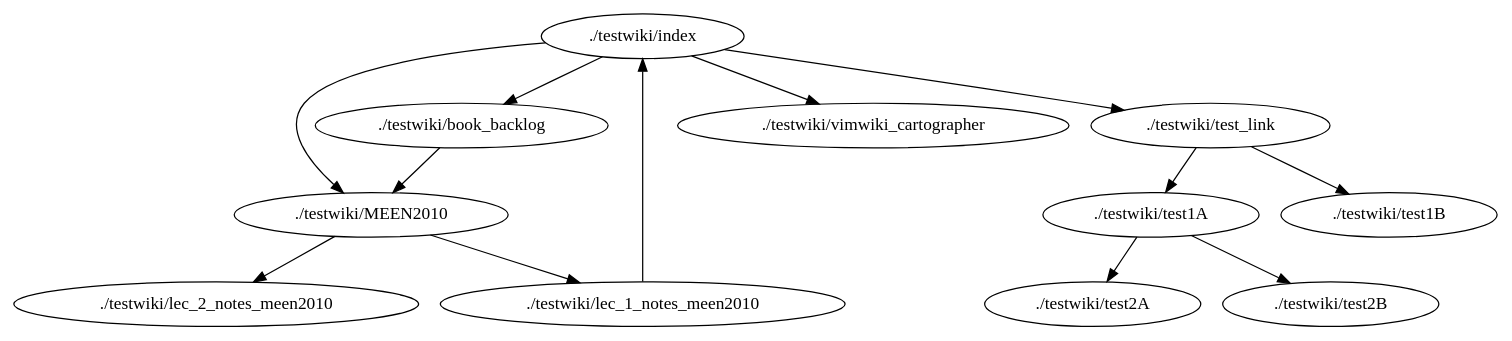
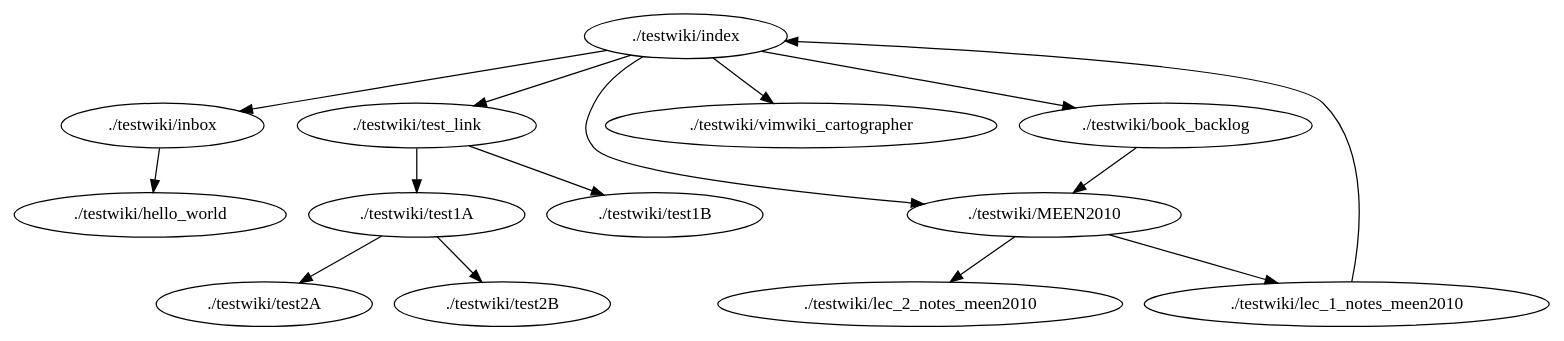
Before and after one commit to HaydenLeBaron/mdwiki-cartographer: the diagram in graph.dot, drawn with Graphviz. The commit also changed 9 other files, not shown here.

```diff
--- a/graph.dot
+++ b/graph.dot
@@ -1,14 +1,16 @@
 digraph VimwikiGraph {
+    "./testwiki/inbox" -> "./testwiki/hello_world";
+    "./testwiki/test_link" -> "./testwiki/test1A";
+    "./testwiki/test_link" -> "./testwiki/test1B";
     "./testwiki/index" -> "./testwiki/MEEN2010";
     "./testwiki/index" -> "./testwiki/vimwiki_cartographer";
+    "./testwiki/index" -> "./testwiki/inbox";
     "./testwiki/index" -> "./testwiki/book_backlog";
     "./testwiki/index" -> "./testwiki/test_link";
-    "./testwiki/test_link" -> "./testwiki/test1A";
-    "./testwiki/test_link" -> "./testwiki/test1B";
+    "./testwiki/MEEN2010" -> "./testwiki/lec_1_notes_meen2010";
+    "./testwiki/MEEN2010" -> "./testwiki/lec_2_notes_meen2010";
     "./testwiki/lec_1_notes_meen2010" -> "./testwiki/index";
     "./testwiki/test1A" -> "./testwiki/test2A";
     "./testwiki/test1A" -> "./testwiki/test2B";
     "./testwiki/book_backlog" -> "./testwiki/MEEN2010";
-    "./testwiki/MEEN2010" -> "./testwiki/lec_1_notes_meen2010";
-    "./testwiki/MEEN2010" -> "./testwiki/lec_2_notes_meen2010";
 }
```
